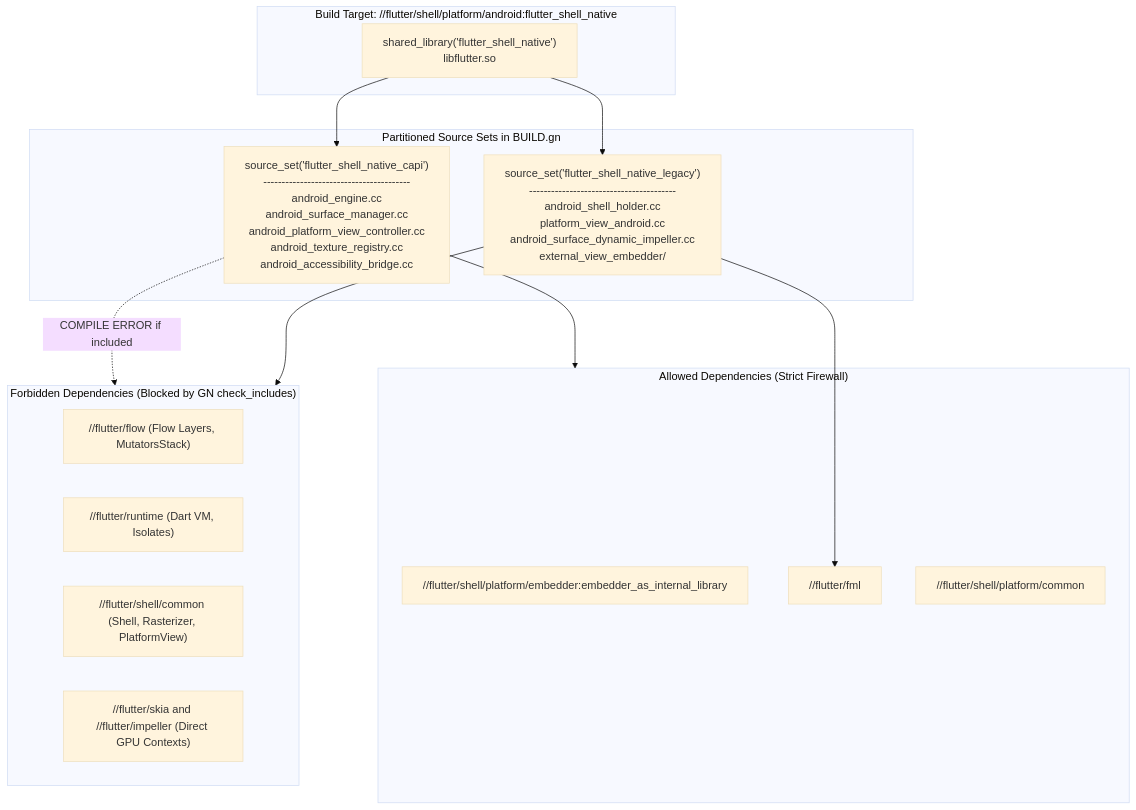
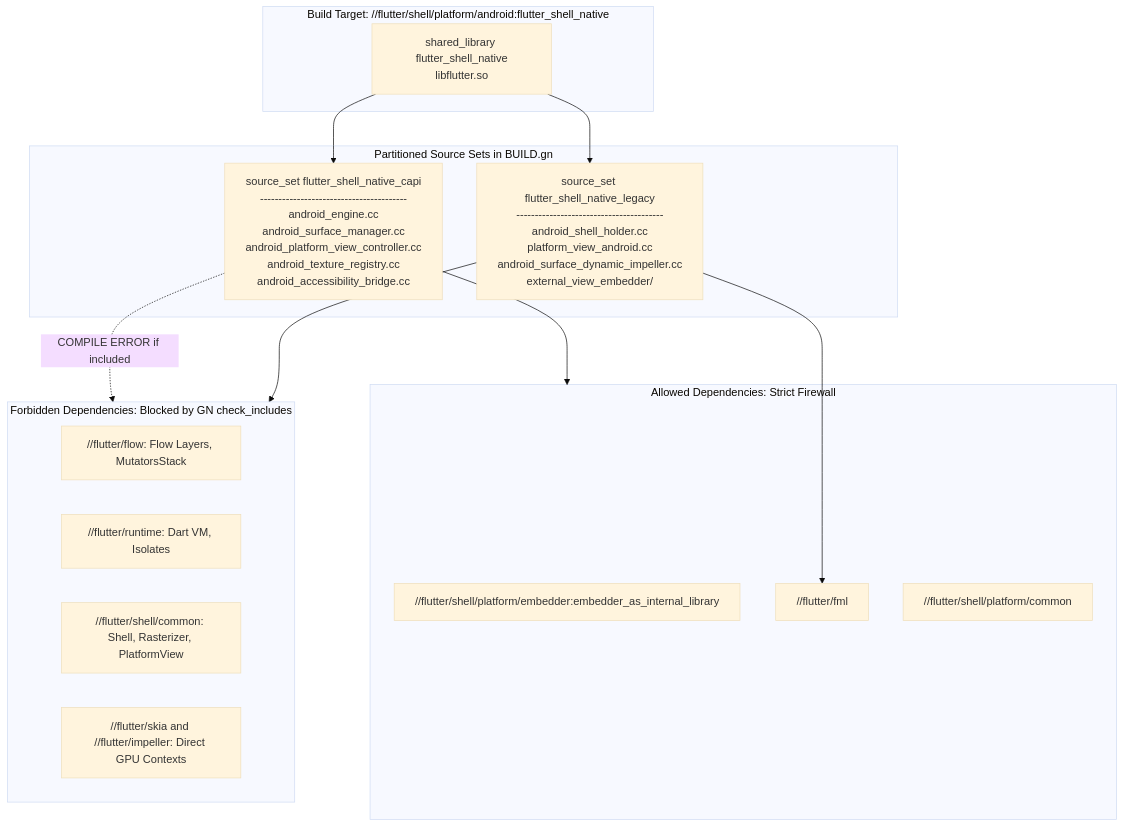
Before and after one commit to mboetger/rfc: the eighth of 12 diagrams in rfc/410.0000-flutter-android-embedder-c-api-migration.md, drawn with Mermaid (base theme). The commit also changed other lines of this file, not shown here.

Commit message:
docs(rfc): remove parentheses from mermaid diagrams to ensure robust rendering

````diff
--- a/rfc/410.0000-flutter-android-embedder-c-api-migration.md
+++ b/rfc/410.0000-flutter-android-embedder-c-api-migration.md
@@ -1408,33 +1408,33 @@
 ```mermaid
 flowchart TD
     subgraph BuildTarget["Build Target: //flutter/shell/platform/android:flutter_shell_native"]
-        SharedLib["shared_library('flutter_shell_native')<br/>libflutter.so"]
+        SharedLib["shared_library flutter_shell_native<br/>libflutter.so"]
     end
 
     subgraph SourceSets["Partitioned Source Sets in BUILD.gn"]
-        CAPISourceSet["source_set('flutter_shell_native_capi')<br/>----------------------------------------<br/>android_engine.cc<br/>android_surface_manager.cc<br/>android_platform_view_controller.cc<br/>android_texture_registry.cc<br/>android_accessibility_bridge.cc"]
-        LegacySourceSet["source_set('flutter_shell_native_legacy')<br/>----------------------------------------<br/>android_shell_holder.cc<br/>platform_view_android.cc<br/>android_surface_dynamic_impeller.cc<br/>external_view_embedder/"]
+        CAPISourceSet["source_set flutter_shell_native_capi<br/>----------------------------------------<br/>android_engine.cc<br/>android_surface_manager.cc<br/>android_platform_view_controller.cc<br/>android_texture_registry.cc<br/>android_accessibility_bridge.cc"]
+        LegacySourceSet["source_set flutter_shell_native_legacy<br/>----------------------------------------<br/>android_shell_holder.cc<br/>platform_view_android.cc<br/>android_surface_dynamic_impeller.cc<br/>external_view_embedder/"]
     end
 
-    subgraph AllowedCAPIDeps["Allowed Dependencies (Strict Firewall)"]
+    subgraph AllowedCAPIDeps["Allowed Dependencies: Strict Firewall"]
         EmbedderLib["//flutter/shell/platform/embedder:embedder_as_internal_library"]
         FML["//flutter/fml"]
         Common["//flutter/shell/platform/common"]
     end
 
-    subgraph ForbiddenCAPIDeps["Forbidden Dependencies (Blocked by GN check_includes)"]
-        Flow["//flutter/flow (Flow Layers, MutatorsStack)"]
-        Runtime["//flutter/runtime (Dart VM, Isolates)"]
-        ShellCommon["//flutter/shell/common (Shell, Rasterizer, PlatformView)"]
-        SkiaImpeller["//flutter/skia and //flutter/impeller (Direct GPU Contexts)"]
+    subgraph ForbiddenCAPIDeps["Forbidden Dependencies: Blocked by GN check_includes"]
+        Flow["//flutter/flow: Flow Layers, MutatorsStack"]
+        Runtime["//flutter/runtime: Dart VM, Isolates"]
+        ShellCommon["//flutter/shell/common: Shell, Rasterizer, PlatformView"]
+        SkiaImpeller["//flutter/skia and //flutter/impeller: Direct GPU Contexts"]
     end
 
     SharedLib --> CAPISourceSet
     SharedLib --> LegacySourceSet
 
     CAPISourceSet --> AllowedCAPIDeps
     CAPISourceSet -.->|COMPILE ERROR if included| ForbiddenCAPIDeps
 
     LegacySourceSet --> ForbiddenCAPIDeps
     LegacySourceSet --> FML
 ```
````
